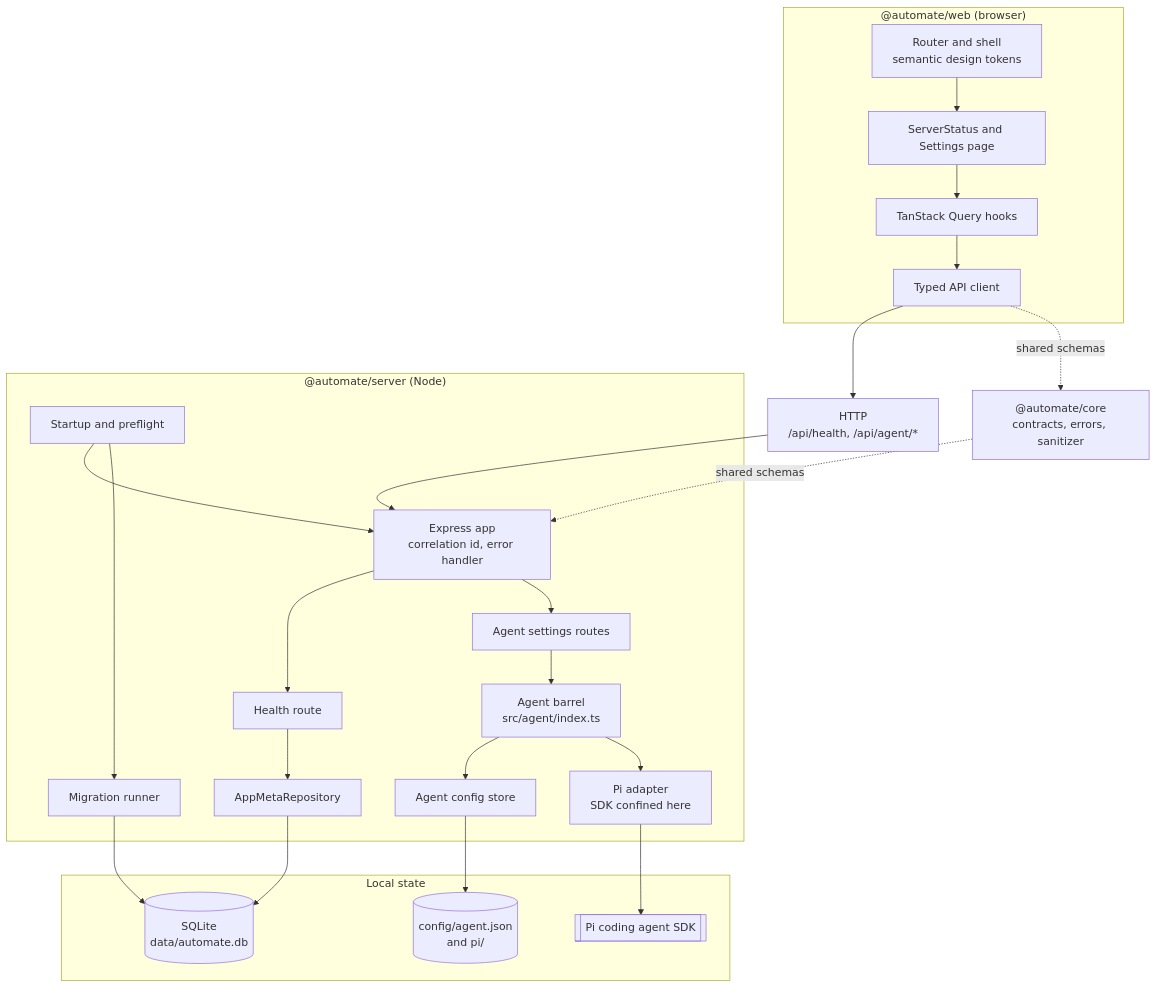
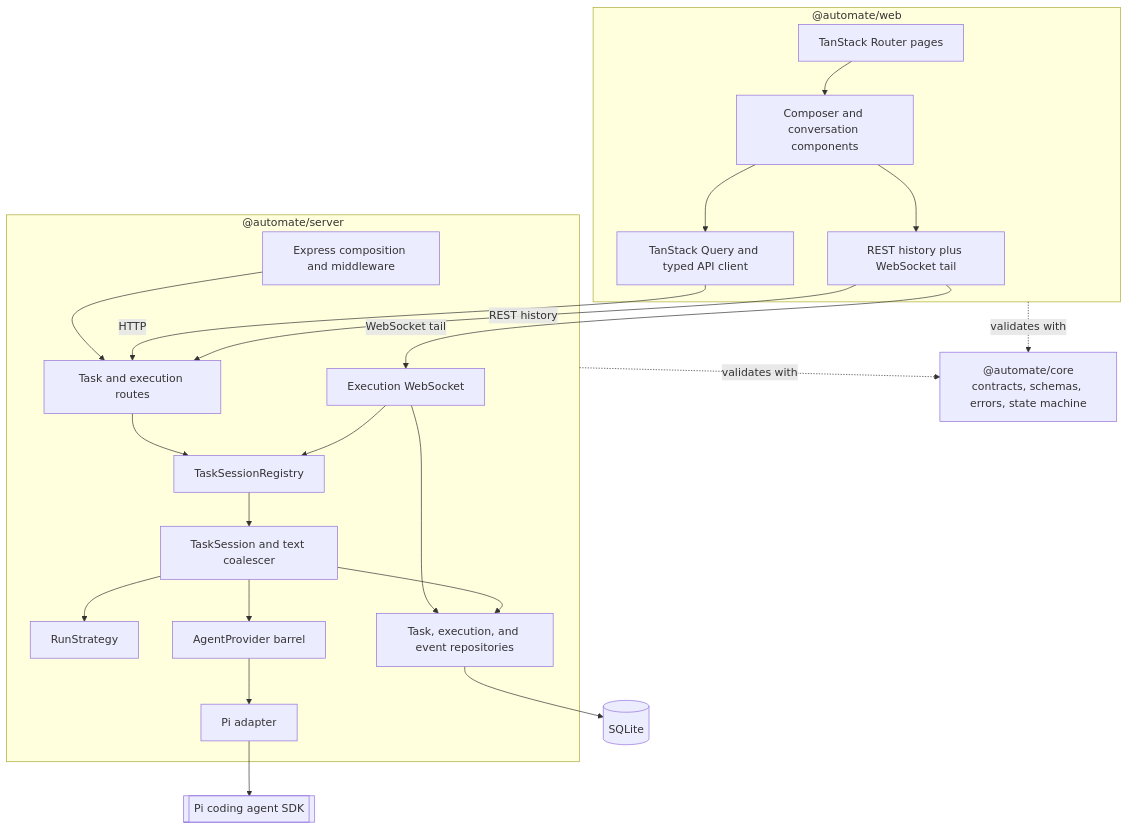
One commit to abranjith/auto-mate changed the second of 4 diagrams in docs/architecture.md. Above: the diagram before and after it, drawn with Mermaid. The commit also changed other lines of this file and 77 other files, not shown here.

Commit message:
task description & conversation surface

````diff
--- a/docs/architecture.md
+++ b/docs/architecture.md
@@ -27,46 +39,46 @@
 ```mermaid
 flowchart TB
-  subgraph web["@automate/web (browser)"]
-    Shell["Router and shell<br/>semantic design tokens"]
-    Pages["ServerStatus and Settings page"]
-    Hooks["TanStack Query hooks"]
-    Client["Typed API client"]
-    Shell --> Pages --> Hooks --> Client
+  subgraph Web["@automate/web"]
+    Routes[TanStack Router pages]
+    Components[Composer and conversation components]
+    Queries[TanStack Query and typed API client]
+    Stream[REST history plus WebSocket tail]
+    Routes --> Components
+    Components --> Queries
+    Components --> Stream
   end
 
-  Http["HTTP<br/>/api/health, /api/agent/*"]
-  Core["@automate/core<br/>contracts, errors, sanitizer"]
+  Core["@automate/core\ncontracts, schemas, errors, state machine"]
 
-  subgraph server["@automate/server (Node)"]
-    Startup["Startup and preflight"]
-    App["Express app<br/>correlation id, error handler"]
-    Migrate["Migration runner"]
-    Health["Health route"]
-    Agents["Agent settings routes"]
-    Repo["AppMetaRepository"]
-    Barrel["Agent barrel<br/>src/agent/index.ts"]
-    Config["Agent config store"]
-    Adapter["Pi adapter<br/>SDK confined here"]
-    Startup --> App
-    Startup --> Migrate
-    App --> Health
-    App --> Agents
-    Health --> Repo
-    Agents --> Barrel
-    Barrel --> Config
-    Barrel --> Adapter
+  subgraph Server["@automate/server"]
+    App[Express composition and middleware]
+    Rest[Task and execution routes]
+    Socket[Execution WebSocket]
+    Registry[TaskSessionRegistry]
+    Session[TaskSession and text coalescer]
+    Strategy[RunStrategy]
+    Repos[Task, execution, and event repositories]
+    Agent[AgentProvider barrel]
+    Adapter[Pi adapter]
+    App --> Rest
+    Rest --> Registry
+    Socket --> Registry
+    Socket --> Repos
+    Registry --> Session
+    Session --> Strategy
+    Session --> Repos
+    Session --> Agent
+    Agent --> Adapter
   end
 
-  subgraph state["Local state"]
-    Db[("SQLite<br/>data/automate.db")]
-    AgentFiles[("config/agent.json<br/>and pi/")]
-    Sdk[["Pi coding agent SDK"]]
-  end
+  Store[(SQLite)]
+  Sdk[[Pi coding agent SDK]]
 
-  Client --> Http --> App
-  Client -. "shared schemas" .-> Core -. "shared schemas" .-> App
-  Repo --> Db
-  Migrate --> Db
-  Config --> AgentFiles
+  Queries -->|HTTP| Rest
+  Stream -->|REST history| Rest
+  Stream -->|WebSocket tail| Socket
+  Web -. validates with .-> Core
+  Server -. validates with .-> Core
+  Repos --> Store
   Adapter --> Sdk
 ```
````
